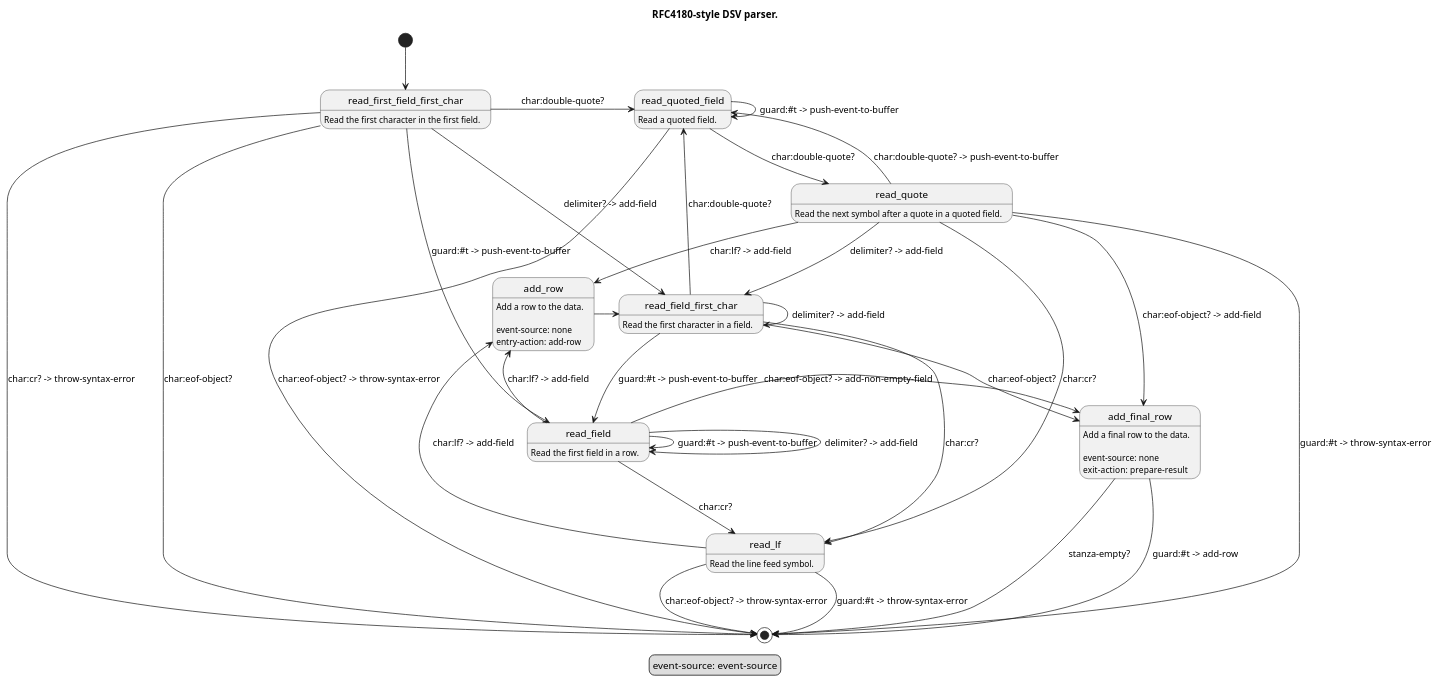
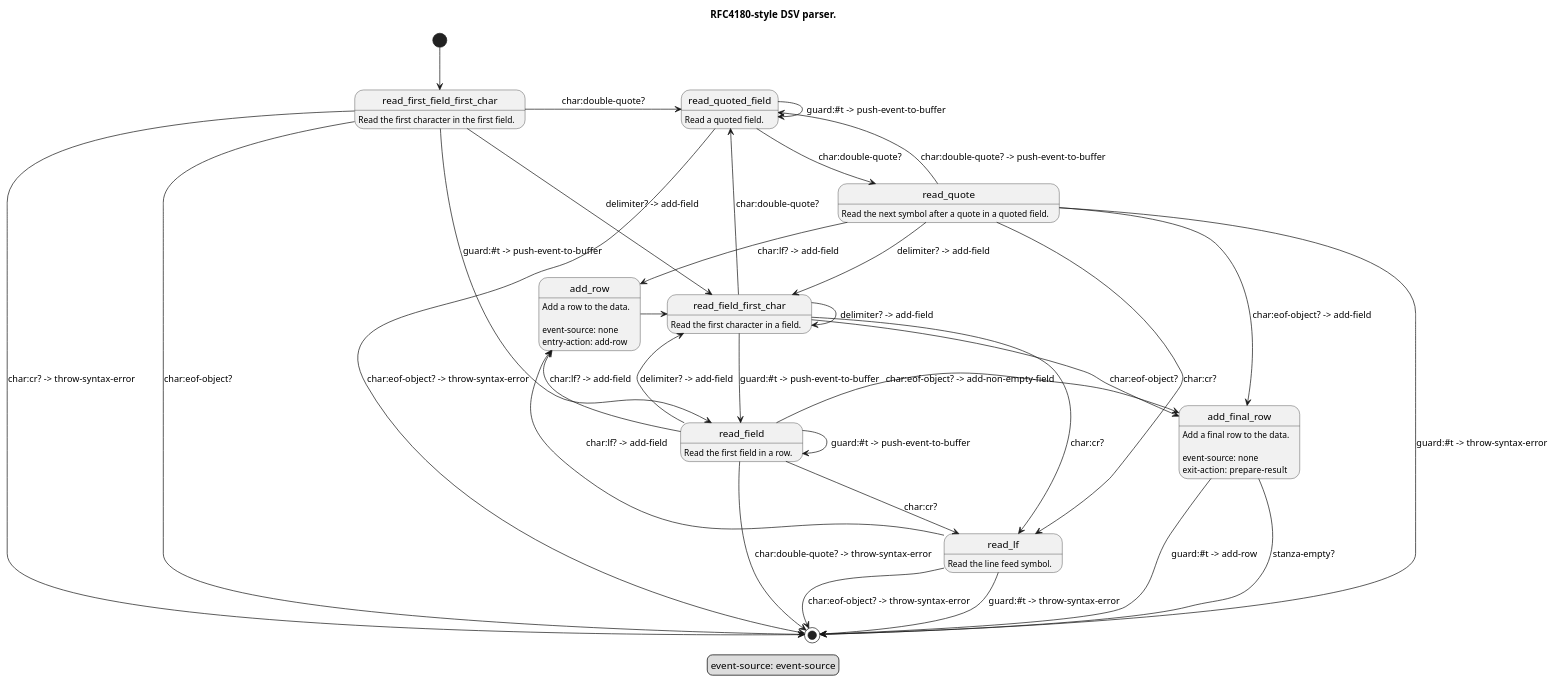
One commit to artyom-poptsov/guile-dsv changed the diagram in modules/dsv/fsm/rfc4180.puml. Above: the diagram before and after it, drawn with PlantUML.

Commit message:
modules/dsv/fsm/rfc4180.puml: Improve
* modules/dsv/fsm/rfc4180.puml (read_field): Throw a syntax error when double
  quote is found.

```diff
--- a/modules/dsv/fsm/rfc4180.puml
+++ b/modules/dsv/fsm/rfc4180.puml
@@ -1,97 +1,98 @@
 @startuml
 
 ' Copyright (C) 2023 Artyom V. Poptsov <poptsov.artyom@gmail.com>
 '
 ' This program is free software: you can redistribute it and/or modify
 ' it under the terms of the GNU General Public License as published by
 ' the Free Software Foundation, either version 3 of the License, or
 ' (at your option) any later version.
 '
 ' The program is distributed in the hope that it will be useful,
 ' but WITHOUT ANY WARRANTY; without even the implied warranty of
 ' MERCHANTABILITY or FITNESS FOR A PARTICULAR PURPOSE.  See the
 ' GNU General Public License for more details.
 '
 ' You should have received a copy of the GNU General Public License
 ' along with the program.  If not, see <http://www.gnu.org/licenses/>.
 
 ' ----------------------------------------------------------------------
 ' NOTE:
 ' RFC 4180 explicitly states that each line must be ended with CRLF. [1]
 ' On the other hand, some CSV data does not follow this rule and uses
 ' only LF symbol as the line ending.
 '
 ' Here we follow "Robustness principle" [2] and RFC4180 requirements
 ' when reading CSV data.
 '
 ' See also RFC4180, "Encoding considerations".
 '
 ' References:
 ' 1. <https://datatracker.ietf.org/doc/html/rfc4180#section-2>
 ' 2. "be conservative in what you do, be liberal in what you accept
 '    from others"
 '    <https://en.wikipedia.org/wiki/Robustness_principle>
 '
 ' ----------------------------------------------------------------------
 
 title RFC4180-style DSV parser.
 
 legend
 event-source: event-source
 endlegend
 
 [*] --> read_first_field_first_char
 
 read_first_field_first_char: Read the first character in the first field.
 read_first_field_first_char -> [*]:               char:eof-object?
 read_first_field_first_char --> read_field_first_char: delimiter? -> add-field
 read_first_field_first_char -> read_quoted_field: char:double-quote?
 read_first_field_first_char -> [*]:               char:cr? -> throw-syntax-error
 read_first_field_first_char -> read_field:        guard:#t -> push-event-to-buffer
 
 read_field_first_char: Read the first character in a field.
 read_field_first_char -> add_final_row:     char:eof-object?
 read_field_first_char -> read_field_first_char: delimiter? -> add-field
 read_field_first_char -> read_lf:           char:cr?
 read_field_first_char -> read_quoted_field: char:double-quote?
 read_field_first_char -> read_field:        guard:#t -> push-event-to-buffer
 
 read_field: Read the first field in a row.
 read_field ->  add_final_row:     char:eof-object? -> add-non-empty-field
 read_field --> read_lf:           char:cr?
 read_field --> add_row:           char:lf? -> add-field
-read_field --> read_field:        delimiter? -> add-field
+read_field --> read_field_first_char: delimiter? -> add-field
+read_field --> [*]:               char:double-quote? -> throw-syntax-error
 read_field ->  read_field:        guard:#t -> push-event-to-buffer
 
 read_quoted_field: Read a quoted field.
 read_quoted_field --> [*]:                char:eof-object? -> throw-syntax-error
 read_quoted_field ->  read_quote:         char:double-quote?
 read_quoted_field ->  read_quoted_field:  guard:#t -> push-event-to-buffer
 
 read_quote: Read the next symbol after a quote in a quoted field.
 read_quote --> add_final_row:     char:eof-object? -> add-field
 read_quote --> read_lf:           char:cr?
 read_quote --> add_row:           char:lf? -> add-field
 read_quote --> read_quoted_field: char:double-quote? -> push-event-to-buffer
 read_quote --> read_field_first_char: delimiter? -> add-field
 read_quote --> [*]:               guard:#t -> throw-syntax-error
 
 read_lf: Read the line feed symbol.
 read_lf --> [*]:     char:eof-object? -> throw-syntax-error
 read_lf --> add_row: char:lf? -> add-field
 read_lf -> [*]:      guard:#t -> throw-syntax-error
 
 add_row: Add a row to the data.
 add_row:
 add_row: event-source: none
 add_row: entry-action: add-row
 add_row -> read_field_first_char
 
 add_final_row: Add a final row to the data.
 add_final_row:
 add_final_row: event-source: none
 add_final_row: exit-action:  prepare-result
 add_final_row -> [*]: stanza-empty?
 add_final_row -> [*]: guard:#t -> add-row
 
 @enduml
```
